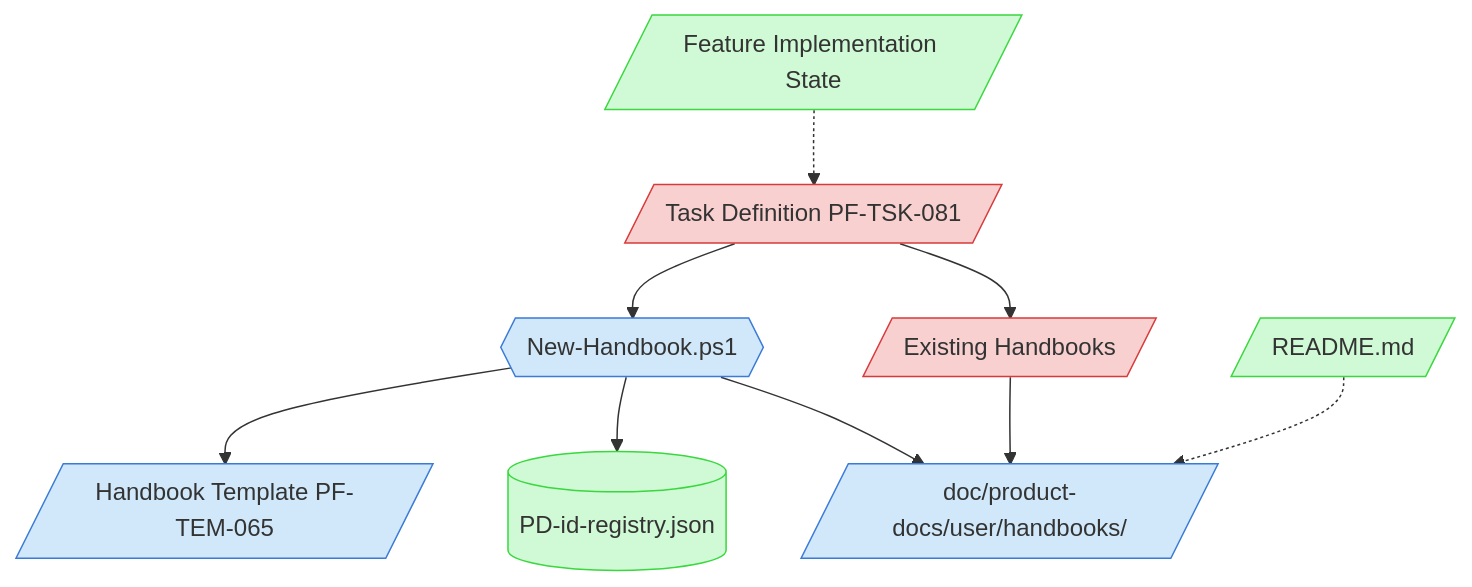
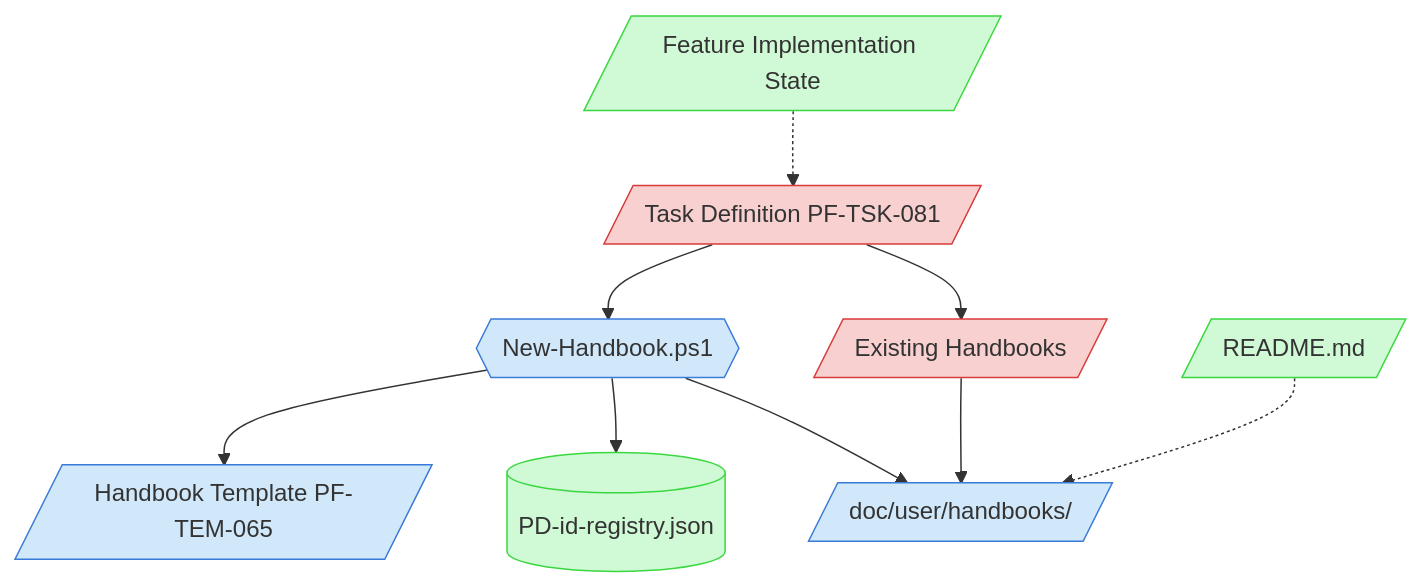
Before and after one commit to Abtomation/LinkWatcher: the diagram in process-framework/visualization/context-maps/07-deployment/user-documentation-creation-map.md, drawn with Mermaid. The commit also changed other lines of this file and 1165 other files, not shown here.

````diff
--- a/process-framework/visualization/context-maps/07-deployment/user-documentation-creation-map.md
+++ b/process-framework/visualization/context-maps/07-deployment/user-documentation-creation-map.md
@@ -20,19 +20,19 @@
 ```mermaid
 graph TD
     classDef critical fill:#f9d0d0,stroke:#d83a3a
     classDef important fill:#d0e8f9,stroke:#3a7bd8
     classDef reference fill:#d0f9d5,stroke:#3ad83f
 
     TaskDef[/Task Definition PF-TSK-081/] --> HandbookScript{{New-Handbook.ps1}}
     TaskDef --> ExistingHandbooks[/Existing Handbooks/]
     HandbookScript --> Template[/Handbook Template PF-TEM-065/]
     HandbookScript --> IdRegistry[(PD-id-registry.json)]
-    HandbookScript --> OutputDir[/doc/product-docs/user/handbooks//]
+    HandbookScript --> OutputDir[/doc/user/handbooks//]
     ExistingHandbooks --> OutputDir
     FeatureState[/Feature Implementation State/] -.-> TaskDef
     README[/README.md/] -.-> OutputDir
 
     class TaskDef,ExistingHandbooks critical
     class HandbookScript,Template,OutputDir important
     class FeatureState,IdRegistry,README reference
 ```
````
